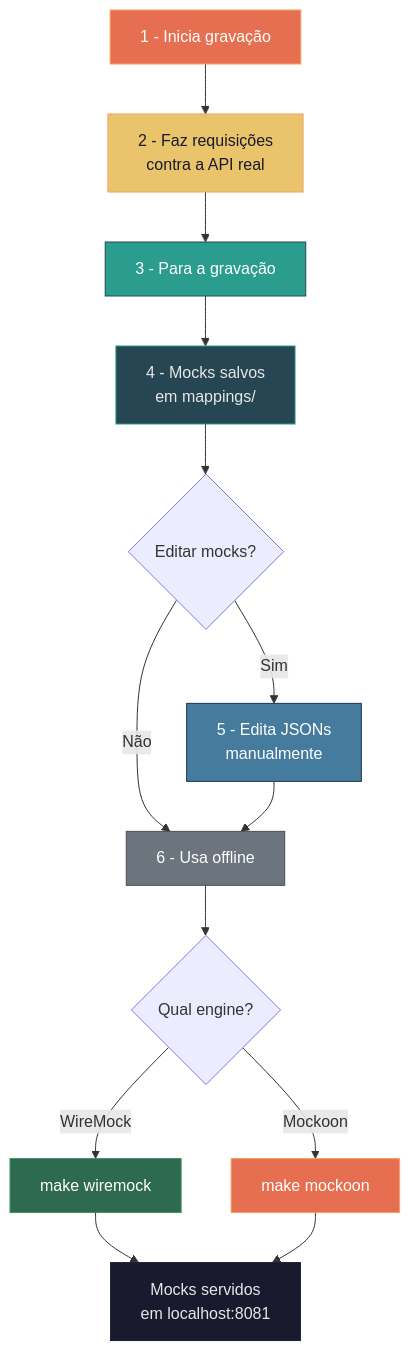
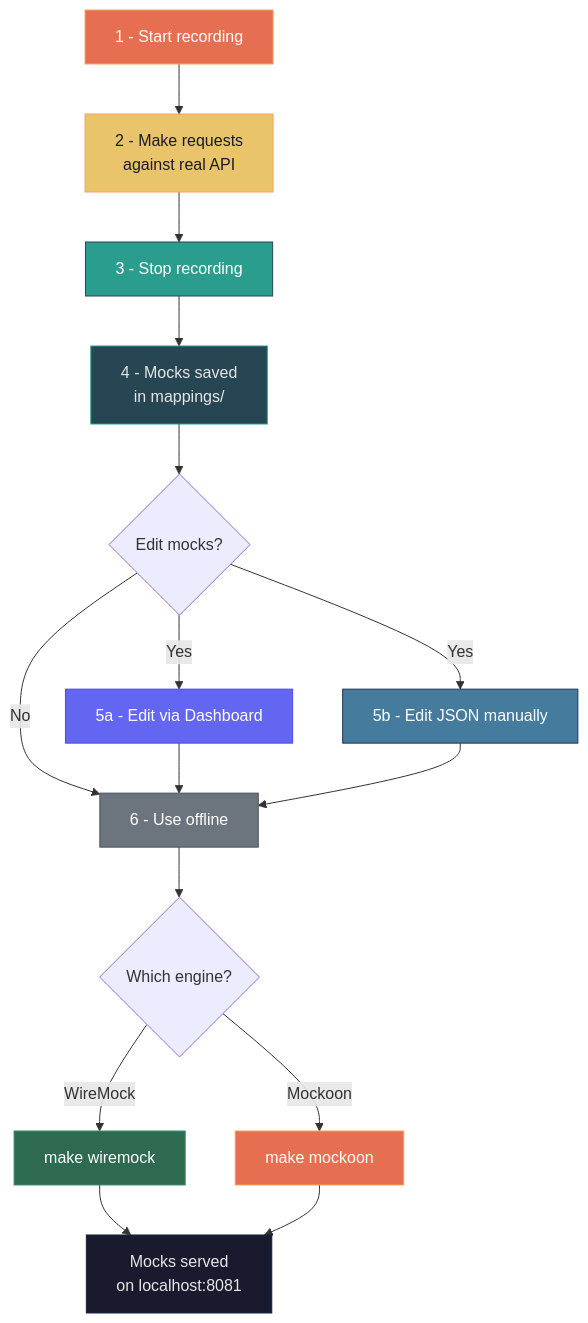
Before and after one commit to marcelo-davanco/stubrix: the fourth of 7 diagrams in README.md, drawn with Mermaid. The commit also changed other lines of this file, not shown here.

````diff
--- a/README.md
+++ b/README.md
@@ -214,27 +330,30 @@
 ```mermaid
 graph TD
-    A["1 - Inicia gravação"] --> B["2 - Faz requisições<br/>contra a API real"]
-    B --> C["3 - Para a gravação"]
-    C --> D["4 - Mocks salvos<br/>em mappings/"]
-    D --> E{"Editar mocks?"}
-    E -->|"Sim"| F["5 - Edita JSONs<br/>manualmente"]
-    E -->|"Não"| G["6 - Usa offline"]
+    A["1 - Start recording"] --> B["2 - Make requests<br/>against real API"]
+    B --> C["3 - Stop recording"]
+    C --> D["4 - Mocks saved<br/>in mappings/"]
+    D --> E{"Edit mocks?"}
+    E -->|"Yes"| F["5a - Edit via Dashboard"]
+    E -->|"Yes"| F2["5b - Edit JSON manually"]
+    E -->|"No"| G["6 - Use offline"]
     F --> G
+    F2 --> G
 
-    G --> H{"Qual engine?"}
+    G --> H{"Which engine?"}
     H -->|"WireMock"| I["make wiremock"]
     H -->|"Mockoon"| J["make mockoon"]
 
-    I --> K["Mocks servidos<br/>em localhost:8081"]
+    I --> K["Mocks served<br/>on localhost:8081"]
     J --> K
 
     style A fill:#e76f51,color:#fff,stroke:#f4a261
     style B fill:#e9c46a,color:#1a1a2e,stroke:#f4a261
     style C fill:#2a9d8f,color:#fff,stroke:#264653
     style D fill:#264653,color:#e6e6e6,stroke:#2a9d8f
-    style F fill:#457b9d,color:#fff,stroke:#1d3557
+    style F fill:#6366f1,color:#fff,stroke:#4f46e5
+    style F2 fill:#457b9d,color:#fff,stroke:#1d3557
     style G fill:#6c757d,color:#fff,stroke:#495057
     style I fill:#2d6a4f,color:#fff,stroke:#40916c
     style J fill:#e76f51,color:#fff,stroke:#f4a261
     style K fill:#1a1a2e,color:#e6e6e6,stroke:#16213e
 ```
````
